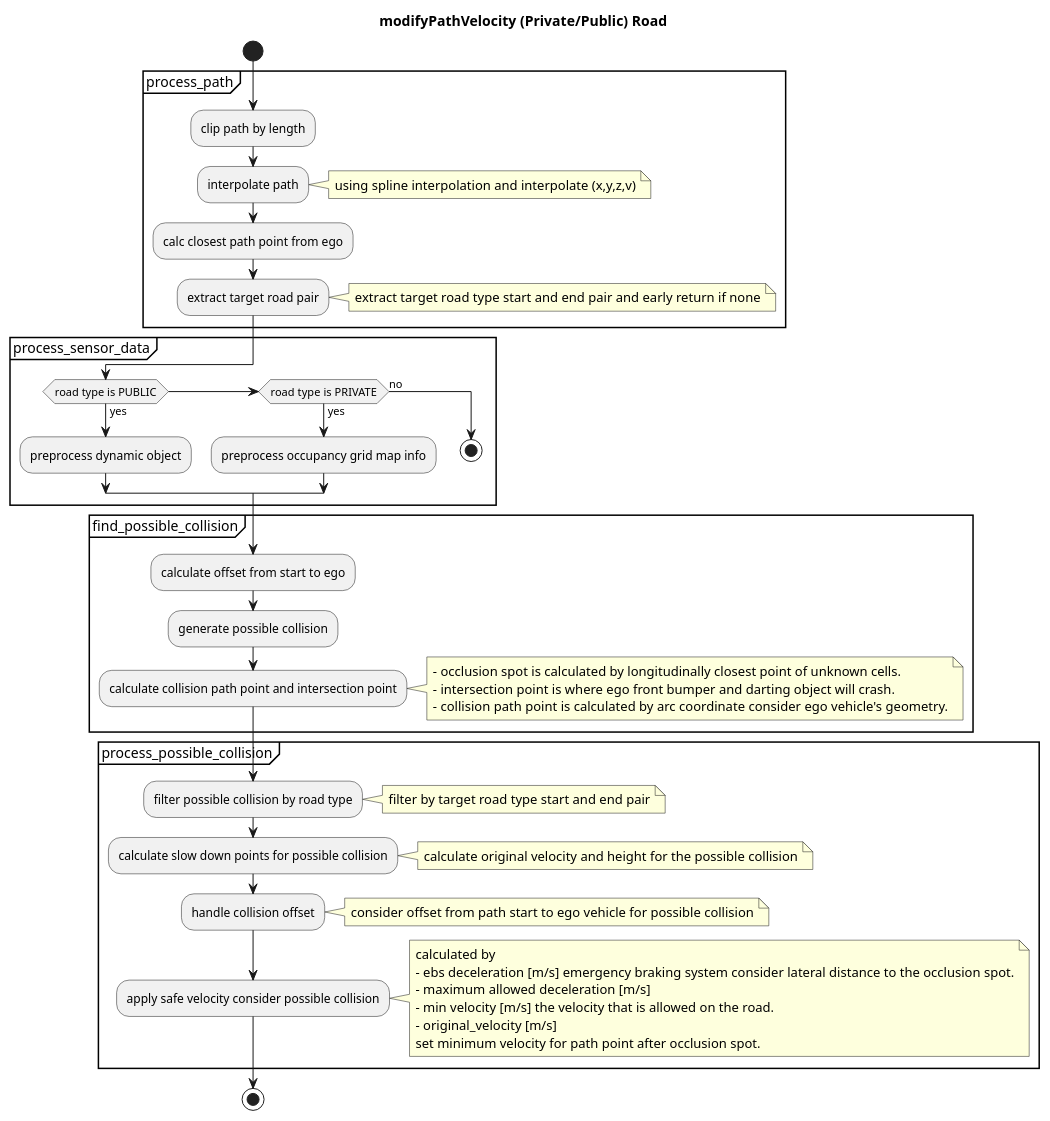
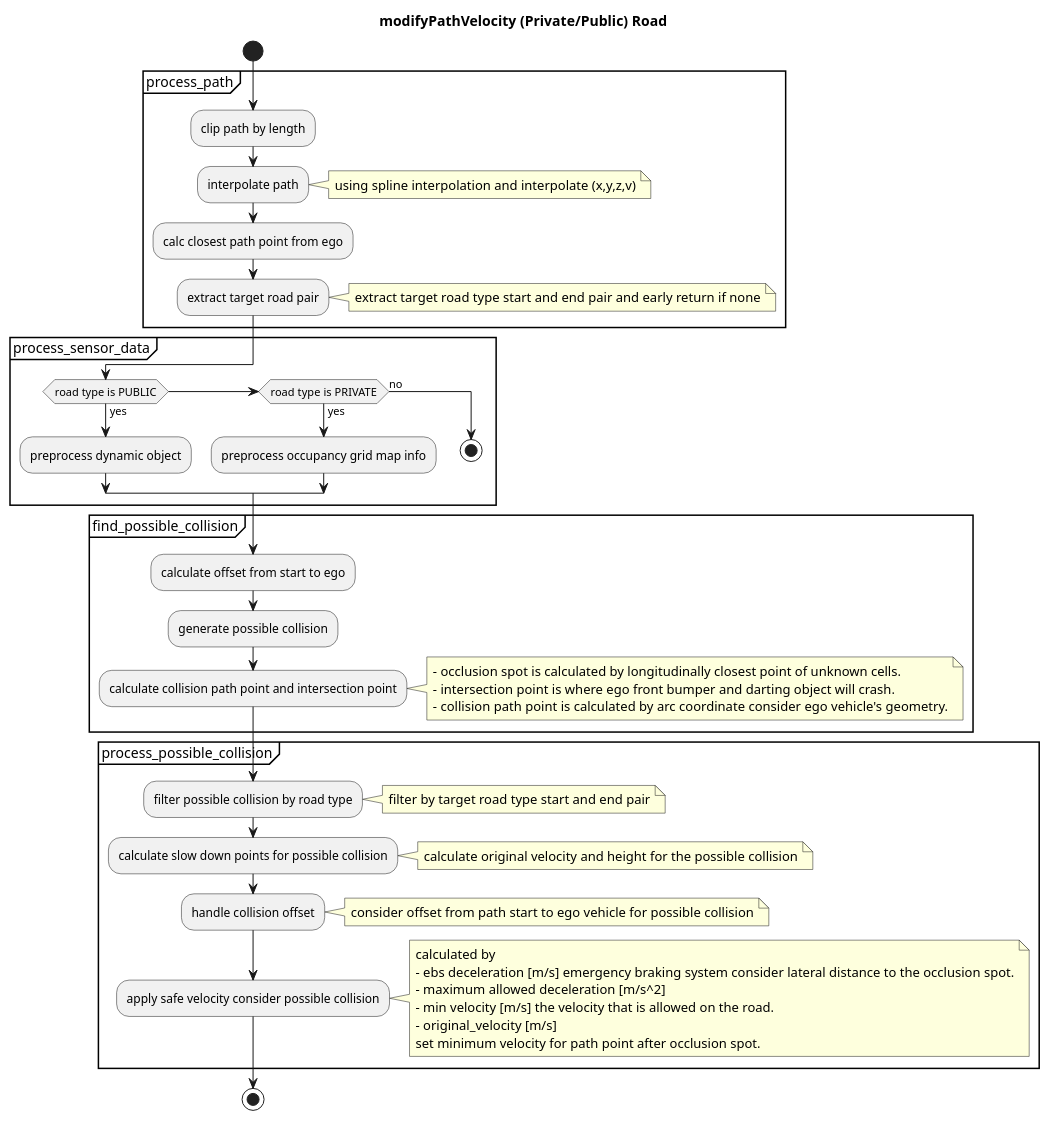
One commit to autowarefoundation/autoware.universe changed the first of 3 diagrams in planning/behavior_velocity_planner/occlusion-spot-design.md. Above: the diagram before and after it, drawn with PlantUML. The commit also changed other lines of this file, not shown here.

````diff
--- a/planning/behavior_velocity_planner/occlusion-spot-design.md
+++ b/planning/behavior_velocity_planner/occlusion-spot-design.md
@@ -89,64 +89,64 @@
 ```plantuml
 @startuml
 title modifyPathVelocity (Private/Public) Road
 start
 
 partition process_path {
 :clip path by length;
 :interpolate path;
 note right
   using spline interpolation and interpolate (x,y,z,v)
 end note
 :calc closest path point from ego;
 :extract target road pair;
 note right
 extract target road type start and end pair and early return if none
 end note
 }
 
 partition process_sensor_data {
 if (road type is PUBLIC) then (yes)
   :preprocess dynamic object;
 else if (road type is PRIVATE) then (yes)
   :preprocess occupancy grid map info;
 else (no)
   stop
 endif
 }
 partition find_possible_collision {
 :calculate offset from start to ego;
 :generate possible collision;
 :calculate collision path point and intersection point;
 note right
   - occlusion spot is calculated by longitudinally closest point of unknown cells.
   - intersection point is where ego front bumper and darting object will crash.
   - collision path point is calculated by arc coordinate consider ego vehicle's geometry.
 end note
 
 }
 partition process_possible_collision {
 :filter possible collision by road type;
 note right
 filter by target road type start and end pair
 end note
 :calculate slow down points for possible collision;
 note right
 calculate original velocity and height for the possible collision
 end note
 :handle collision offset;
 note right
 consider offset from path start to ego vehicle for possible collision
 end note
 :apply safe velocity consider possible collision;
 note right
 calculated by
 - ebs deceleration [m/s] emergency braking system consider lateral distance to the occlusion spot.
-- maximum allowed deceleration [m/s]
+- maximum allowed deceleration [m/s^2]
 - min velocity [m/s] the velocity that is allowed on the road.
 - original_velocity [m/s]
 set minimum velocity for path point after occlusion spot.
 end note
 }
 stop
 @enduml
 ```
````
